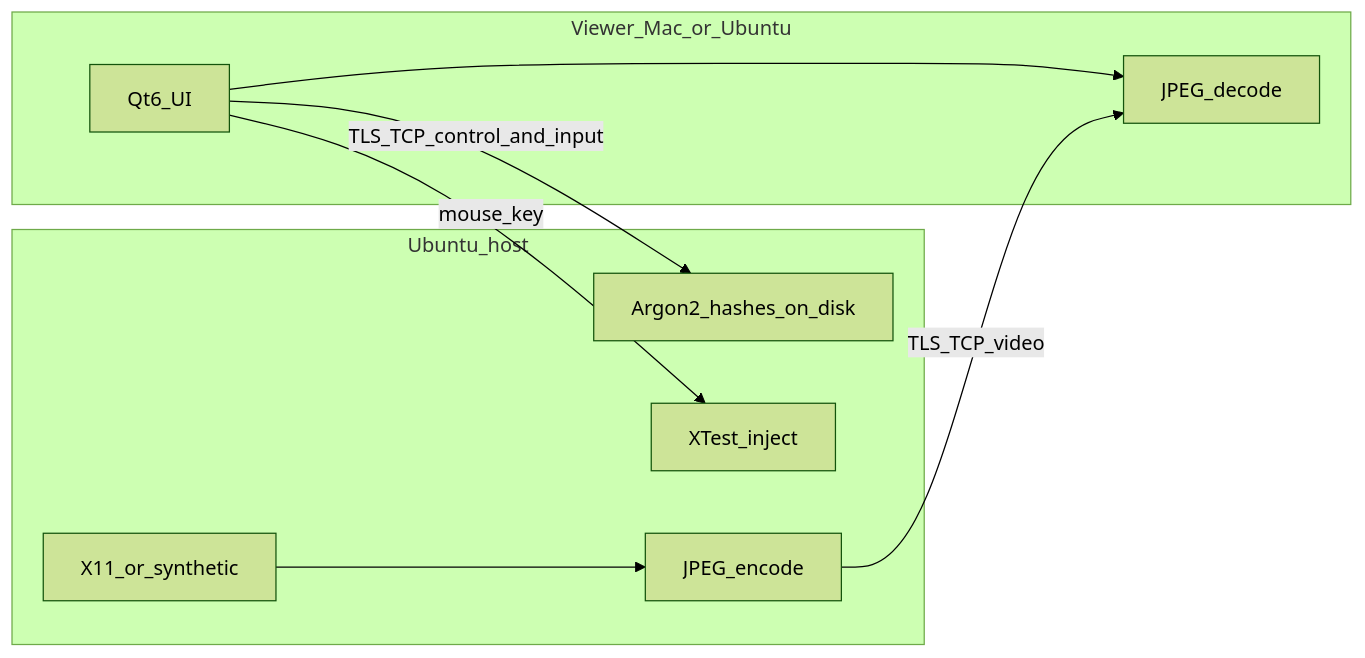
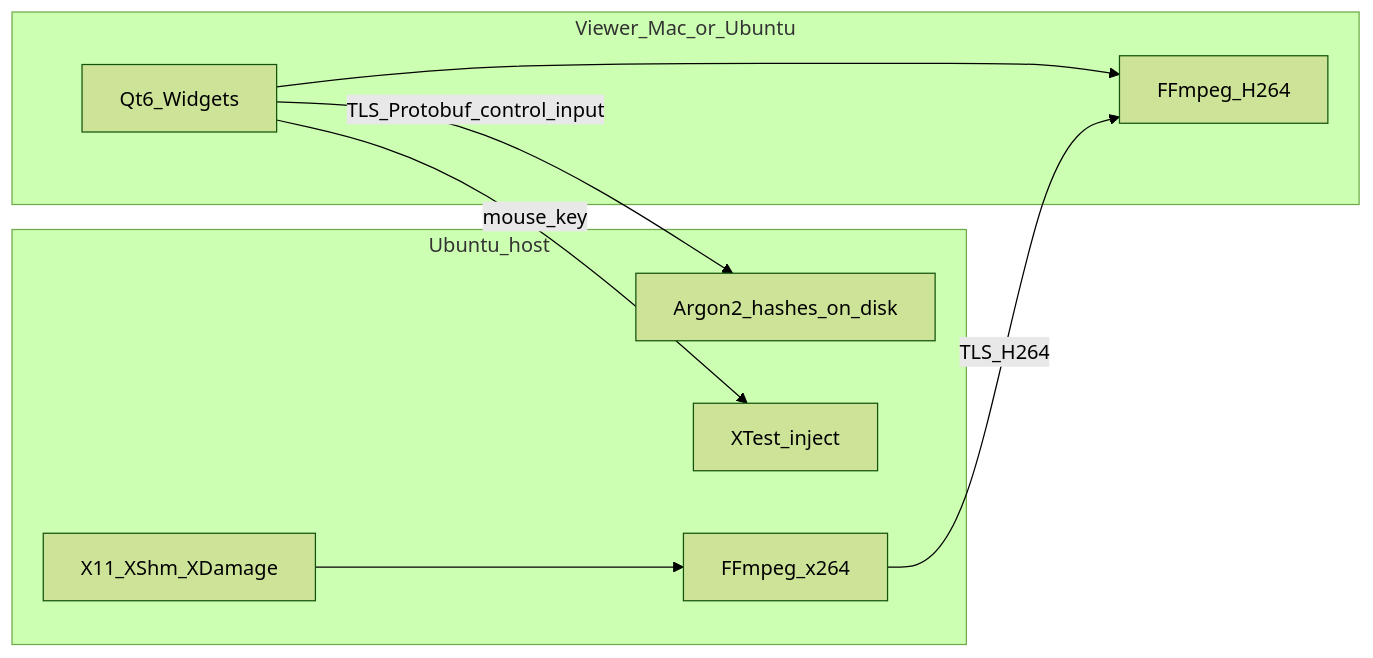
One commit to ArmaghanAsghar/TeamViewer changed the diagram in .cursor/brain/DECISIONS.md. Above: the diagram before and after it, drawn with Mermaid (forest theme). The commit also changed other lines of this file and 7 other files, not shown here.

````diff
--- a/.cursor/brain/DECISIONS.md
+++ b/.cursor/brain/DECISIONS.md
@@ -51,18 +51,18 @@
 ```mermaid
 flowchart LR
   subgraph viewer [Viewer_Mac_or_Ubuntu]
-    QtUI[Qt6_UI]
-    Decode[JPEG_decode]
+    QtUI[Qt6_Widgets]
+    Decode[FFmpeg_H264]
     QtUI --> Decode
   end
   subgraph host [Ubuntu_host]
-    Capture[X11_or_synthetic]
-    Encode[JPEG_encode]
+    Capture[X11_XShm_XDamage]
+    Encode[FFmpeg_x264]
     Inject[XTest_inject]
     Creds[Argon2_hashes_on_disk]
     Capture --> Encode
   end
-  QtUI -->|"TLS_TCP_control_and_input"| Creds
-  Encode -->|"TLS_TCP_video"| Decode
+  QtUI -->|"TLS_Protobuf_control_input"| Creds
+  Encode -->|"TLS_H264"| Decode
   QtUI -->|"mouse_key"| Inject
 ```
````
